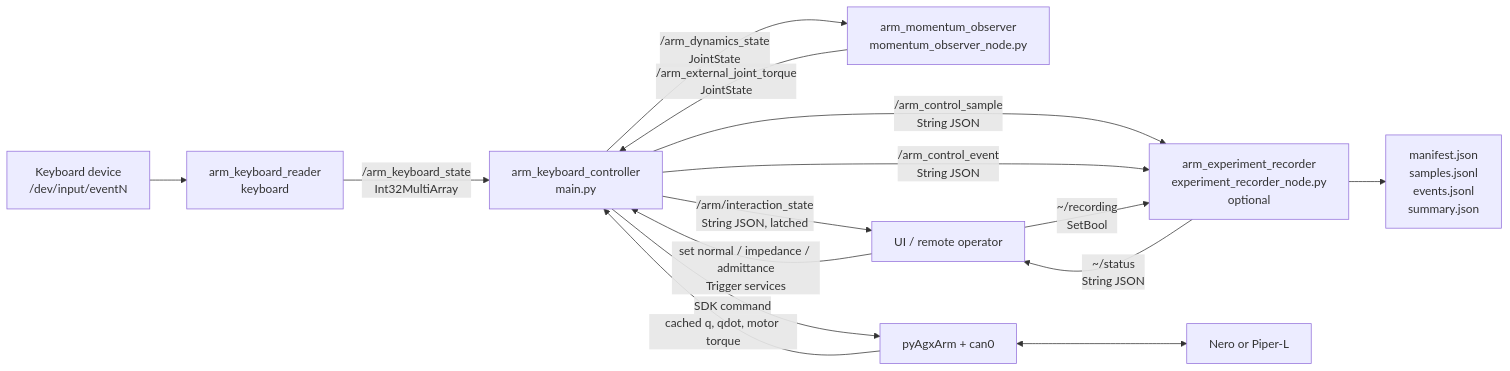
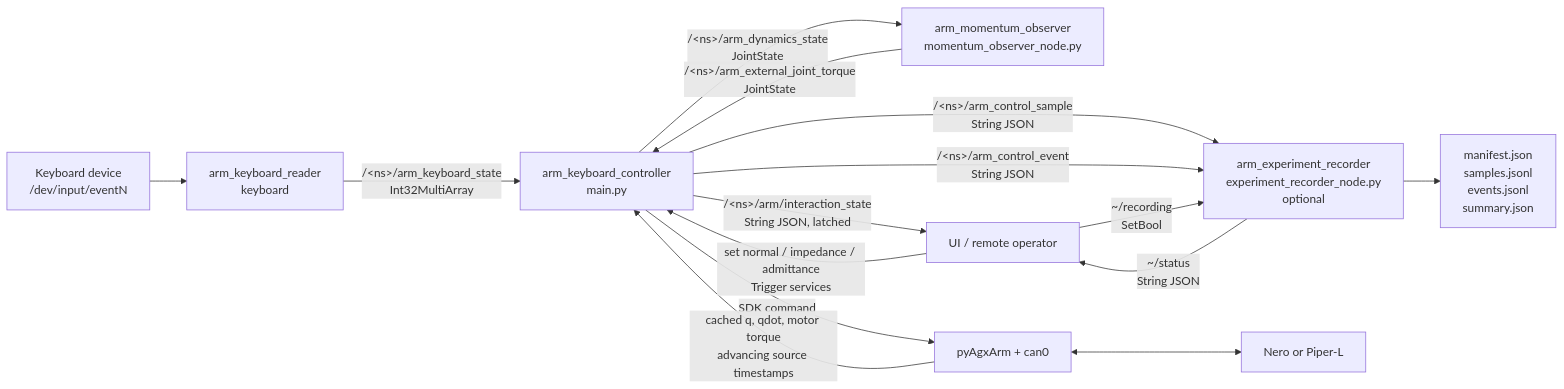
One commit to yangtaowasd/agxarm_control_by_gamecontroller changed the first of 3 diagrams in docs/ROS_NODE_AND_ARCHITECTURE_ZH_EN.md. Above: the diagram before and after it, drawn with Mermaid. The commit also changed other lines of this file and 29 other files, not shown here.

````diff
--- a/docs/ROS_NODE_AND_ARCHITECTURE_ZH_EN.md
+++ b/docs/ROS_NODE_AND_ARCHITECTURE_ZH_EN.md
@@ -12,30 +18,30 @@
 ```mermaid
 flowchart LR
     DEVICE[Keyboard device<br/>/dev/input/eventN]
     READER[arm_keyboard_reader<br/>keyboard]
     MAIN[arm_keyboard_controller<br/>main.py]
     OBS[arm_momentum_observer<br/>momentum_observer_node.py]
     REC[arm_experiment_recorder<br/>experiment_recorder_node.py<br/>optional]
     UI[UI / remote operator]
     CAN[pyAgxArm + can0]
     ARM[Nero or Piper-L]
     FILES[manifest.json<br/>samples.jsonl<br/>events.jsonl<br/>summary.json]
 
     DEVICE --> READER
-    READER -->|/arm_keyboard_state<br/>Int32MultiArray| MAIN
+    READER -->|/&lt;ns&gt;/arm_keyboard_state<br/>Int32MultiArray| MAIN
     UI -->|set normal / impedance / admittance<br/>Trigger services| MAIN
-    MAIN -->|/arm/interaction_state<br/>String JSON, latched| UI
+    MAIN -->|/&lt;ns&gt;/arm/interaction_state<br/>String JSON, latched| UI
 
     MAIN -->|SDK command| CAN
-    CAN -->|cached q, qdot, motor torque| MAIN
+    CAN -->|cached q, qdot, motor torque<br/>advancing source timestamps| MAIN
     CAN <--> ARM
 
-    MAIN -->|/arm_dynamics_state<br/>JointState| OBS
-    OBS -->|/arm_external_joint_torque<br/>JointState| MAIN
+    MAIN -->|/&lt;ns&gt;/arm_dynamics_state<br/>JointState| OBS
+    OBS -->|/&lt;ns&gt;/arm_external_joint_torque<br/>JointState| MAIN
 
-    MAIN -->|/arm_control_sample<br/>String JSON| REC
-    MAIN -->|/arm_control_event<br/>String JSON| REC
+    MAIN -->|/&lt;ns&gt;/arm_control_sample<br/>String JSON| REC
+    MAIN -->|/&lt;ns&gt;/arm_control_event<br/>String JSON| REC
     UI -->|~/recording<br/>SetBool| REC
     REC -->|~/status<br/>String JSON| UI
     REC --> FILES
 ```
````
